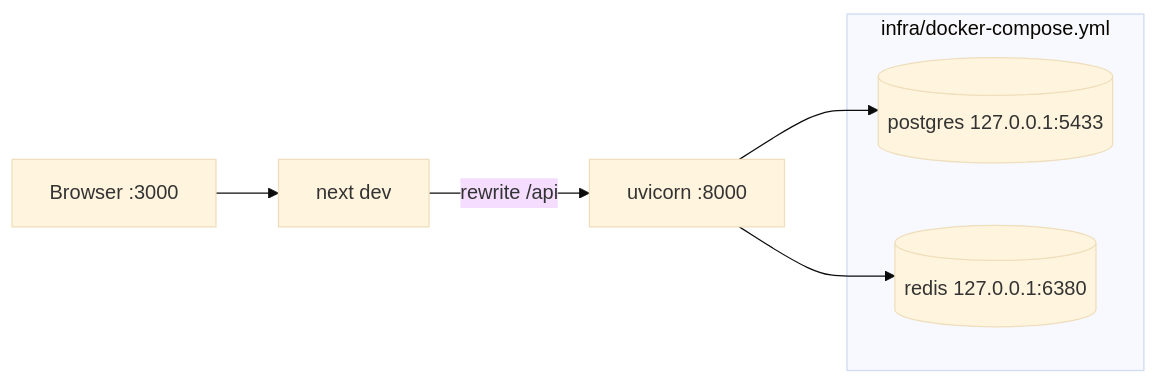
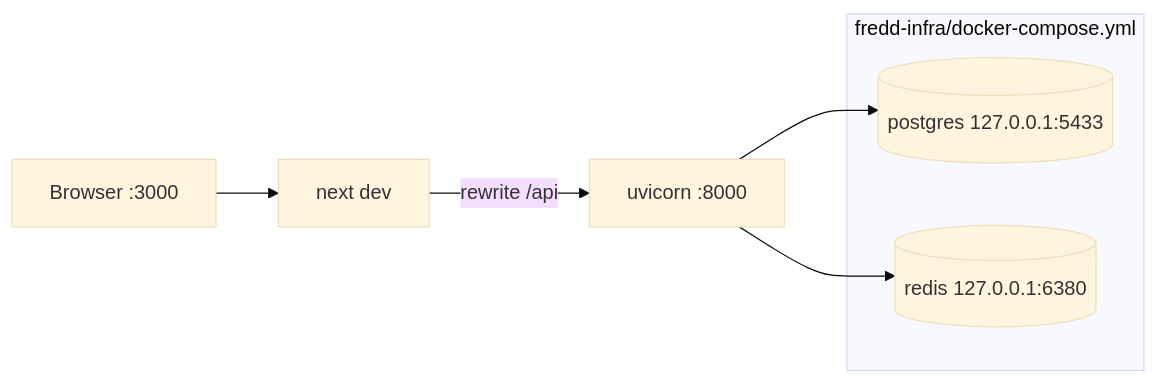
One commit to indrarasyid07/fredd-infra changed the second of 2 diagrams in docs/13-diagrams/infrastructure-diagrams.md. Above: the diagram before and after it, drawn with Mermaid (base theme). The commit also changed 19 other files, not shown here.

First line of the commit message:
build: build compose images from the fredd-* sibling folders

````diff
--- a/docs/13-diagrams/infrastructure-diagrams.md
+++ b/docs/13-diagrams/infrastructure-diagrams.md
@@ -37,11 +37,11 @@
 ```mermaid
 flowchart LR
   dev[Browser :3000] --> next[next dev]
   next -->|rewrite /api| uvicorn[uvicorn :8000]
   uvicorn --> pg[(postgres 127.0.0.1:5433)]
   uvicorn --> redis[(redis 127.0.0.1:6380)]
-  subgraph docker[infra/docker-compose.yml]
+  subgraph docker[fredd-infra/docker-compose.yml]
     pg
     redis
   end
 ```
````
